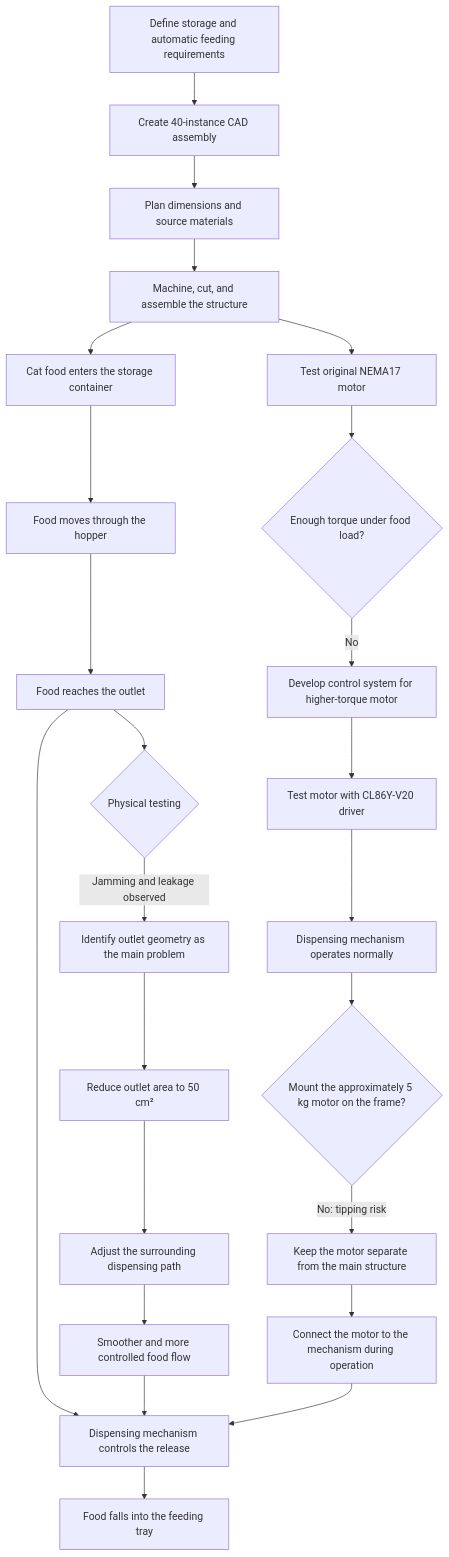
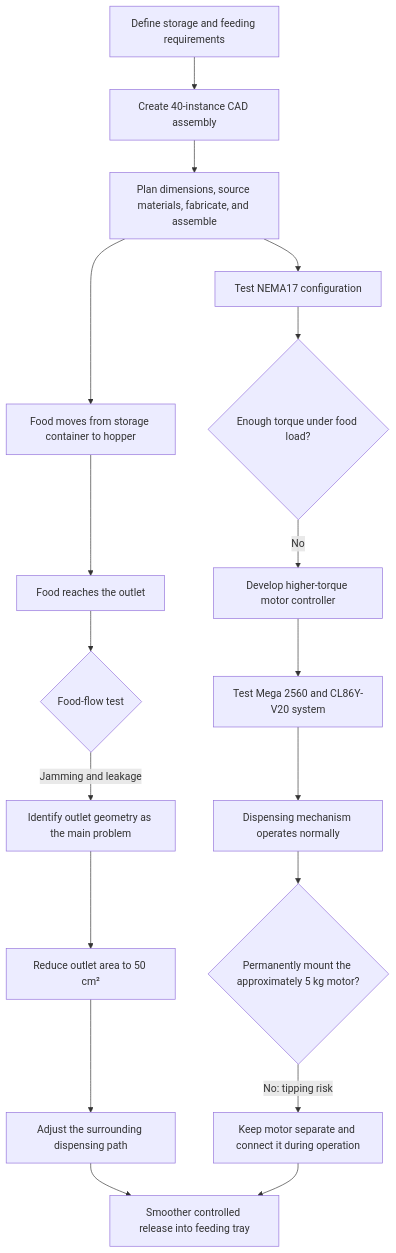
Before and after one commit to 147y111/Automatic-Cat-Feeder: the diagram in README.md, drawn with Mermaid. The commit also changed other lines of this file and 3 other files, not shown here.

````diff
--- a/README.md
+++ b/README.md
@@ -26,29 +27,21 @@
 ```mermaid
 flowchart TD
-    A[Define storage and automatic feeding requirements] --> B[Create 40-instance CAD assembly]
-    B --> C[Plan dimensions and source materials]
-    C --> D[Machine, cut, and assemble the structure]
+    A[Define storage and feeding requirements] --> B[Create 40-instance CAD assembly]
+    B --> C[Plan dimensions, source materials, fabricate, and assemble]
+    C --> D[Food moves from storage container to hopper]
+    D --> E[Food reaches the outlet]
+    E --> F{Food-flow test}
+    F -->|Jamming and leakage| G[Identify outlet geometry as the main problem]
+    G --> H[Reduce outlet area to 50 cm²]
+    H --> I[Adjust the surrounding dispensing path]
+    I --> J[Smoother controlled release into feeding tray]
 
-    D --> E[Cat food enters the storage container]
-    E --> F[Food moves through the hopper]
-    F --> G[Food reaches the outlet]
-    G --> H[Dispensing mechanism controls the release]
-    H --> I[Food falls into the feeding tray]
-
-    G --> J{Physical testing}
-    J -->|Jamming and leakage observed| K[Identify outlet geometry as the main problem]
-    K --> L[Reduce outlet area to 50 cm²]
-    L --> M[Adjust the surrounding dispensing path]
-    M --> N[Smoother and more controlled food flow]
-    N --> H
-
-    D --> O[Test original NEMA17 motor]
-    O --> P{Enough torque under food load?}
-    P -->|No| Q[Develop control system for higher-torque motor]
-    Q --> R[Test motor with CL86Y-V20 driver]
-    R --> S[Dispensing mechanism operates normally]
-    S --> T{Mount the approximately 5 kg motor on the frame?}
-    T -->|No: tipping risk| U[Keep the motor separate from the main structure]
-    U --> V[Connect the motor to the mechanism during operation]
-    V --> H
+    C --> K[Test NEMA17 configuration]
+    K --> L{Enough torque under food load?}
+    L -->|No| M[Develop higher-torque motor controller]
+    M --> N[Test Mega 2560 and CL86Y-V20 system]
+    N --> O[Dispensing mechanism operates normally]
+    O --> P{Permanently mount the approximately 5 kg motor?}
+    P -->|No: tipping risk| Q[Keep motor separate and connect it during operation]
+    Q --> J
 ```
````
